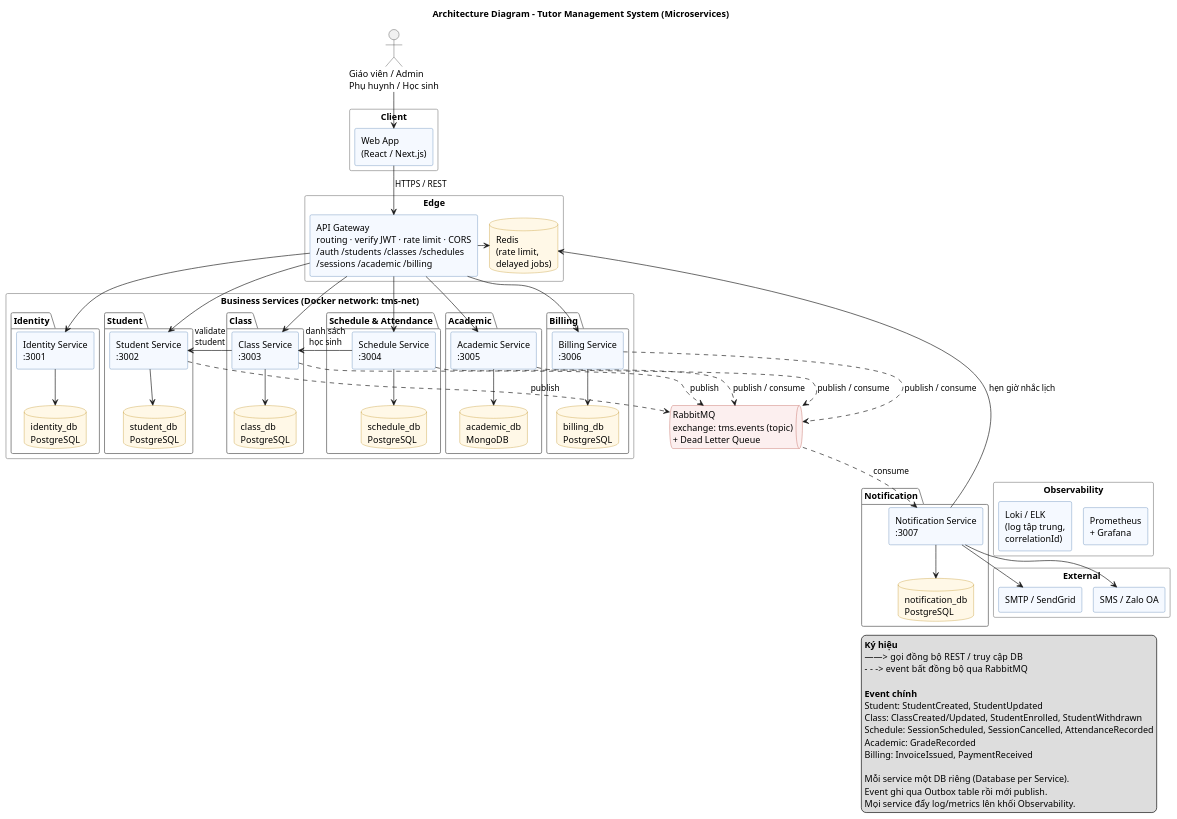
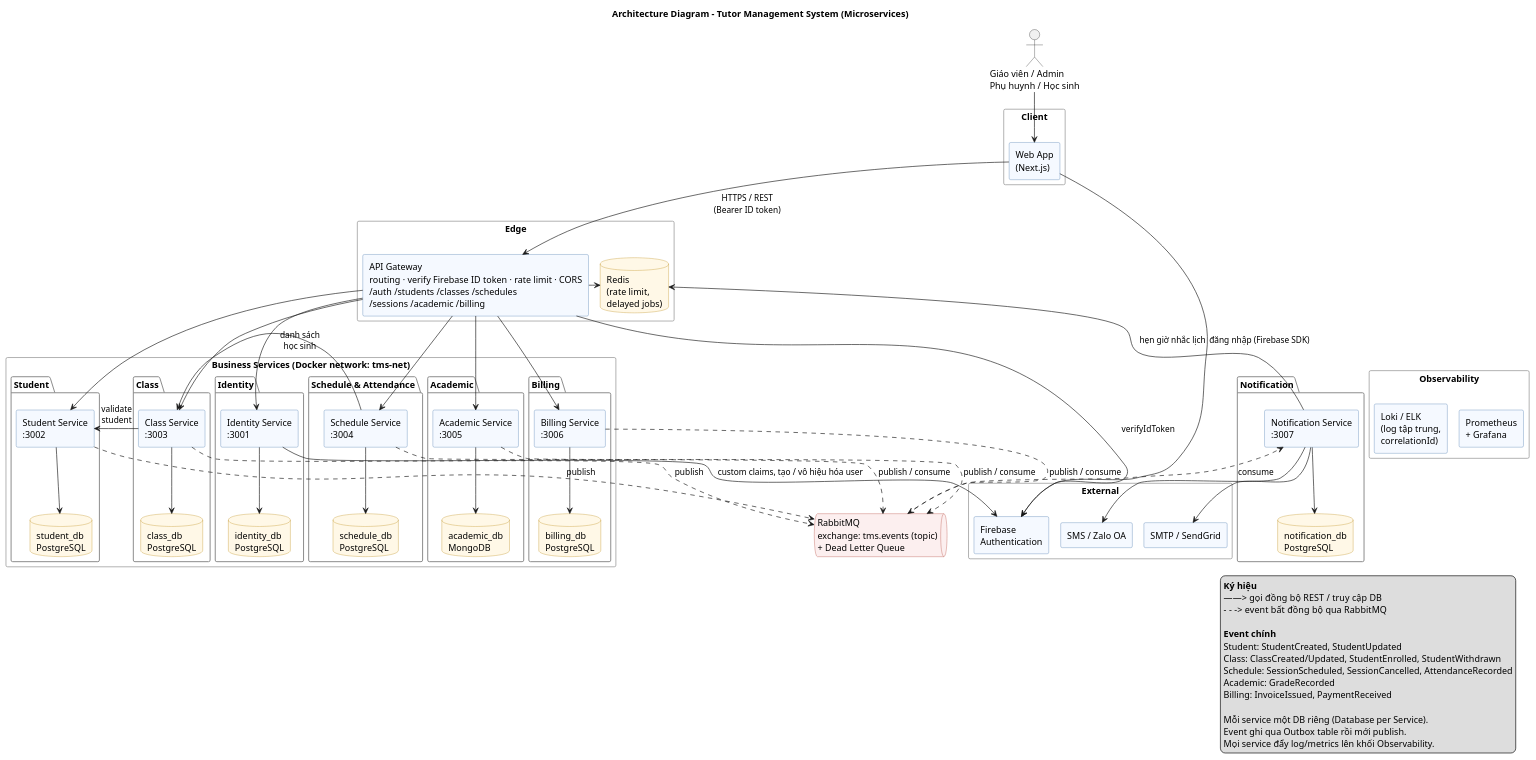
One commit to thuanbui-1203/private-tutor-management-system changed the diagram in docs/diagrams/02-architecture.puml. Above: the diagram before and after it, drawn with PlantUML. The commit also changed 31 other files, not shown here.

First line of the commit message:
Add Prisma 7 per service; Firebase Auth and PostgreSQL 18 decisions

```diff
--- a/docs/diagrams/02-architecture.puml
+++ b/docs/diagrams/02-architecture.puml
@@ -1,141 +1,145 @@
 @startuml 02-architecture
 ' Architecture diagram - Microservices
 ' Bỏ dòng pragma nếu máy đã cài Graphviz
 !pragma layout smetana
 title Architecture Diagram - Tutor Management System (Microservices)
 top to bottom direction
 skinparam componentStyle rectangle
 skinparam shadowing false
 skinparam nodesep 40
 skinparam ranksep 60
 skinparam component {
   BackgroundColor #F5F9FF
   BorderColor #3A6EA5
 }
 skinparam database {
   BackgroundColor #FFF8E7
   BorderColor #B8860B
 }
 skinparam queue {
   BackgroundColor #FCEFEF
   BorderColor #B03A2E
 }
 skinparam package {
   BorderColor #888888
 }
 
 actor "Giáo viên / Admin\nPhụ huynh / Học sinh" as Users
 
 rectangle "Client" {
-  component "Web App\n(React / Next.js)" as Web
+  component "Web App\n(Next.js)" as Web
 }
 
 rectangle "Edge" {
-  component "API Gateway\nrouting · verify JWT · rate limit · CORS\n/auth /students /classes /schedules\n/sessions /academic /billing" as GW
+  component "API Gateway\nrouting · verify Firebase ID token · rate limit · CORS\n/auth /students /classes /schedules\n/sessions /academic /billing" as GW
   database "Redis\n(rate limit,\ndelayed jobs)" as Redis
 }
 
 rectangle "Business Services (Docker network: tms-net)" {
   package "Identity" as PI {
     component "Identity Service\n:3001" as IdS
     database "identity_db\nPostgreSQL" as IdDB
   }
   package "Student" as PS {
     component "Student Service\n:3002" as StS
     database "student_db\nPostgreSQL" as StDB
   }
   package "Class" as PC {
     component "Class Service\n:3003" as ClS
     database "class_db\nPostgreSQL" as ClDB
   }
   package "Schedule & Attendance" as PSc {
     component "Schedule Service\n:3004" as ScS
     database "schedule_db\nPostgreSQL" as ScDB
   }
   package "Academic" as PA {
     component "Academic Service\n:3005" as AcS
     database "academic_db\nMongoDB" as AcDB
   }
   package "Billing" as PB {
     component "Billing Service\n:3006" as BiS
     database "billing_db\nPostgreSQL" as BiDB
   }
 }
 
 queue "RabbitMQ\nexchange: tms.events (topic)\n+ Dead Letter Queue" as MQ
 
 package "Notification" as PN {
   component "Notification Service\n:3007" as NoS
   database "notification_db\nPostgreSQL" as NoDB
 }
 
 rectangle "External" {
+  component "Firebase\nAuthentication" as FBA
   component "SMTP / SendGrid" as SMTP
   component "SMS / Zalo OA" as SMS
 }
 
 rectangle "Observability" {
   component "Loki / ELK\n(log tập trung,\ncorrelationId)" as Log
   component "Prometheus\n+ Grafana" as Mon
 }
 
 ' --- client -> edge
 Users --> Web
-Web --> GW : HTTPS / REST
+Web --> GW : HTTPS / REST\n(Bearer ID token)
+Web --> FBA : đăng nhập (Firebase SDK)
+GW --> FBA : verifyIdToken
+IdS --> FBA : custom claims, tạo / vô hiệu hóa user
 GW -right-> Redis
 
 ' --- gateway -> services (đồng bộ)
 GW --> IdS
 GW --> StS
 GW --> ClS
 GW --> ScS
 GW --> AcS
 GW --> BiS
 
 ' --- database per service
 IdS --> IdDB
 StS --> StDB
 ClS --> ClDB
 ScS --> ScDB
 AcS --> AcDB
 BiS --> BiDB
 NoS --> NoDB
 
 ' --- sync calls giữa service
 ClS -left-> StS : validate\nstudent
 ScS -left-> ClS : danh sách\nhọc sinh
 
 ' --- async events (gộp: publish / consume)
 StDB -[hidden]-> MQ
 StS ..> MQ : publish
 ClS ..> MQ : publish
 ScS ..> MQ : publish / consume
 AcS ..> MQ : publish / consume
 BiS ..> MQ : publish / consume
 
 MQ ..> NoS : consume
 NoS --> Redis : hẹn giờ nhắc lịch
 NoS --> SMTP
 NoS --> SMS
 
 PN -[hidden]right-> Log
 Log -[hidden]right-> Mon
 
 legend right
   **Ký hiệu**
   ——>  gọi đồng bộ REST / truy cập DB
   - - ->  event bất đồng bộ qua RabbitMQ
 
   **Event chính**
   Student: StudentCreated, StudentUpdated
   Class: ClassCreated/Updated, StudentEnrolled, StudentWithdrawn
   Schedule: SessionScheduled, SessionCancelled, AttendanceRecorded
   Academic: GradeRecorded
   Billing: InvoiceIssued, PaymentReceived
 
   Mỗi service một DB riêng (Database per Service).
   Event ghi qua Outbox table rồi mới publish.
   Mọi service đẩy log/metrics lên khối Observability.
 endlegend
 
 @enduml
```
